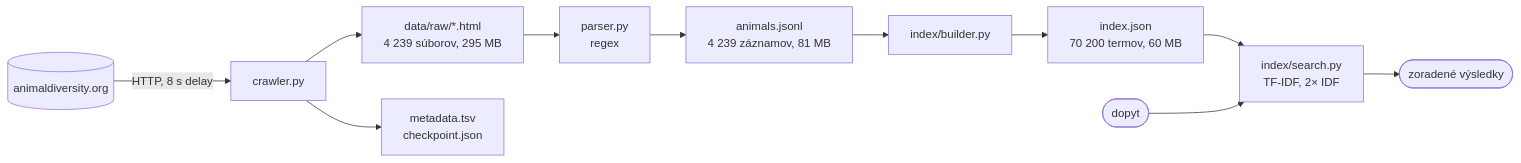
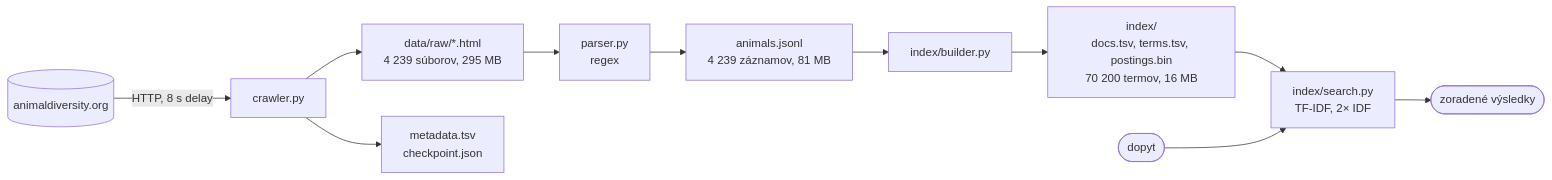
Before and after one commit to JozefZiduliak/vinf: the diagram in wiki_odovzdanie1.md, drawn with Mermaid. The commit also changed other lines of this file and 3 other files, not shown here.

````diff
--- a/wiki_odovzdanie1.md
+++ b/wiki_odovzdanie1.md
@@ -13,12 +13,12 @@
 ```mermaid
 flowchart LR
     ADW[(animaldiversity.org)] -->|HTTP, 8 s delay| C[crawler.py]
     C --> RAW[data/raw/*.html<br/>4 239 súborov, 295 MB]
     C --> META[metadata.tsv<br/>checkpoint.json]
     RAW --> P[parser.py<br/>regex]
     P --> JSONL[animals.jsonl<br/>4 239 záznamov, 81 MB]
     JSONL --> B[index/builder.py]
-    B --> IDX[index.json<br/>70 200 termov, 60 MB]
+    B --> IDX[index/<br/>docs.tsv, terms.tsv, postings.bin<br/>70 200 termov, 16 MB]
     IDX --> S[index/search.py<br/>TF-IDF, 2× IDF]
     Q([dopyt]) --> S --> R([zoradené výsledky])
 ```
````
